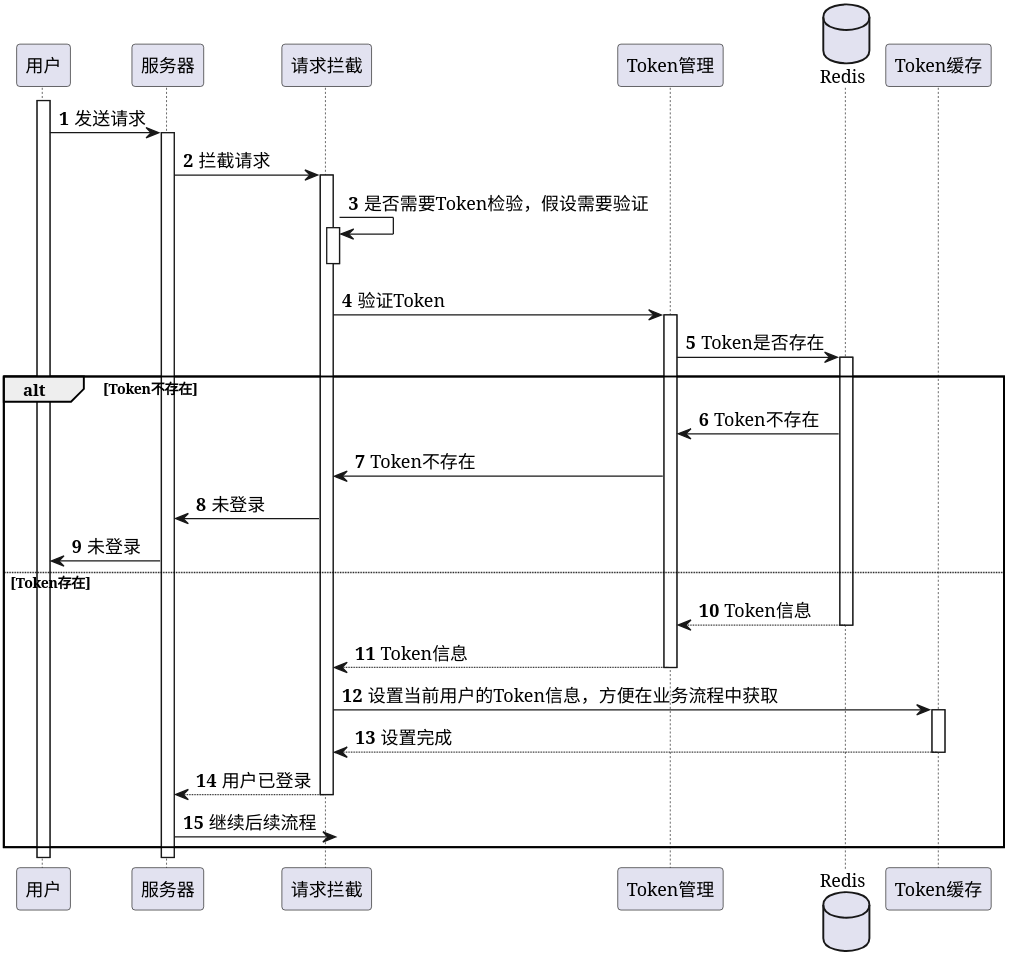
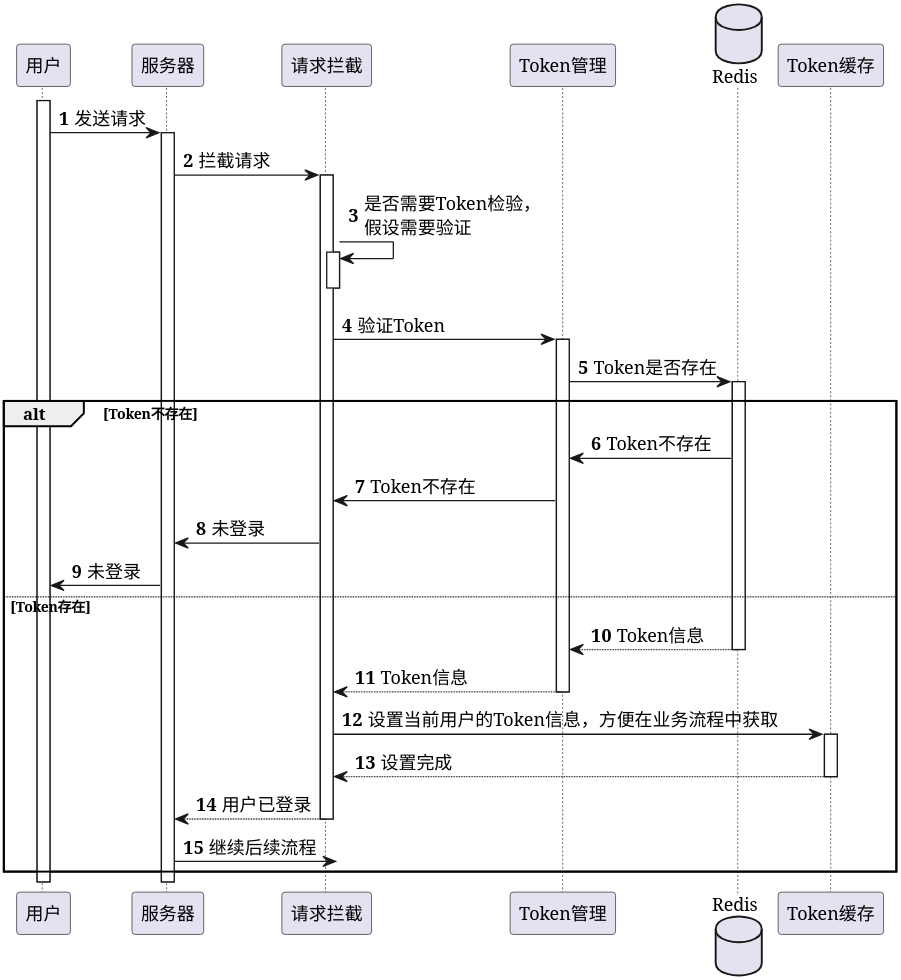
The diagram in uml/时序图/user/在线状态校验.puml (Etherealss/AskAnswer), drawn with PlantUML before and after one commit.

```diff
--- a/uml/时序图/user/在线状态校验.puml
+++ b/uml/时序图/user/在线状态校验.puml
@@ -1,40 +1,40 @@
 @startuml
 'https://plantuml.com/sequence-diagram
 skinparam shadowing false
 skinparam defaultFontName xfonts-wqy
 skinparam defaultFontName times
 skinparam dpi 300
 skinparam activity  {
     DiamondFontSize 14
     ArrowFontSize 14
     FontSize 14
 }
 autonumber
 
 participant 用户 as User
 participant 服务器 as Server
 participant 请求拦截 as AOP
 participant Token管理 as TokenService
 database Redis
 participant Token缓存 as CurUserTokenHolder
 
 activate User
 User -> Server ++: 发送请求
 Server -> AOP ++: 拦截请求
-AOP -> AOP ++--: 是否需要Token检验，假设需要验证
+AOP -> AOP ++--: 是否需要Token检验，\n假设需要验证
 AOP -> TokenService ++: 验证Token
 TokenService -> Redis++: Token是否存在
 alt Token不存在
     TokenService <- Redis: Token不存在
     AOP <- TokenService : Token不存在
     Server <- AOP: 未登录
     User <- Server: 未登录
 else Token存在
     return Token信息
     return Token信息
     AOP -> CurUserTokenHolder++: 设置当前用户的Token信息，方便在业务流程中获取
     return 设置完成
     return 用户已登录
     Server ->? :继续后续流程
 end
 @enduml
```
